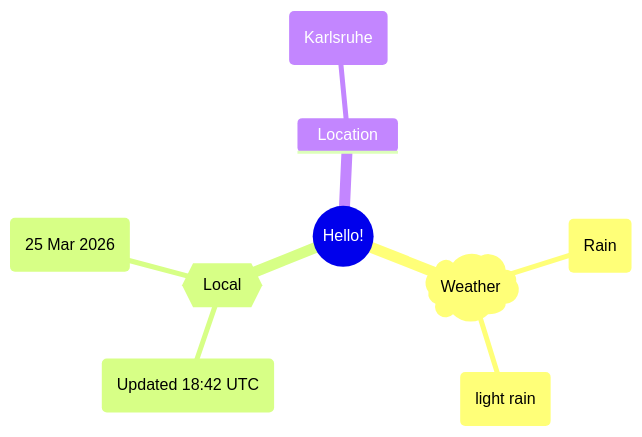
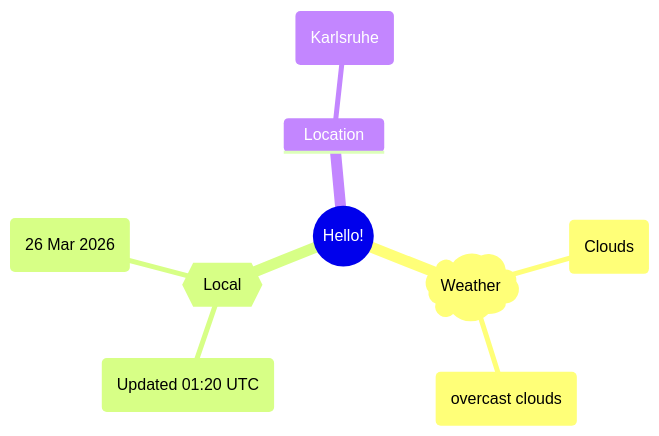
One commit to Xosrov/Xosrov changed the first of 2 diagrams in README.md. Above: the diagram before and after it, drawn with Mermaid.

Commit message:
[bot] updated images

````diff
--- a/README.md
+++ b/README.md
@@ -3,12 +3,12 @@
 ```mermaid
 mindmap
   root((Hello!))
     )Weather(
-        (Rain)
-        (light rain)
+        (Clouds)
+        (overcast clouds)
     {{Local}}
-        (Updated 18:42 UTC)
-        (25 Mar 2026)
+        (Updated 01:20 UTC)
+        (26 Mar 2026)
     Location
         (Karlsruhe)
 ```
````
